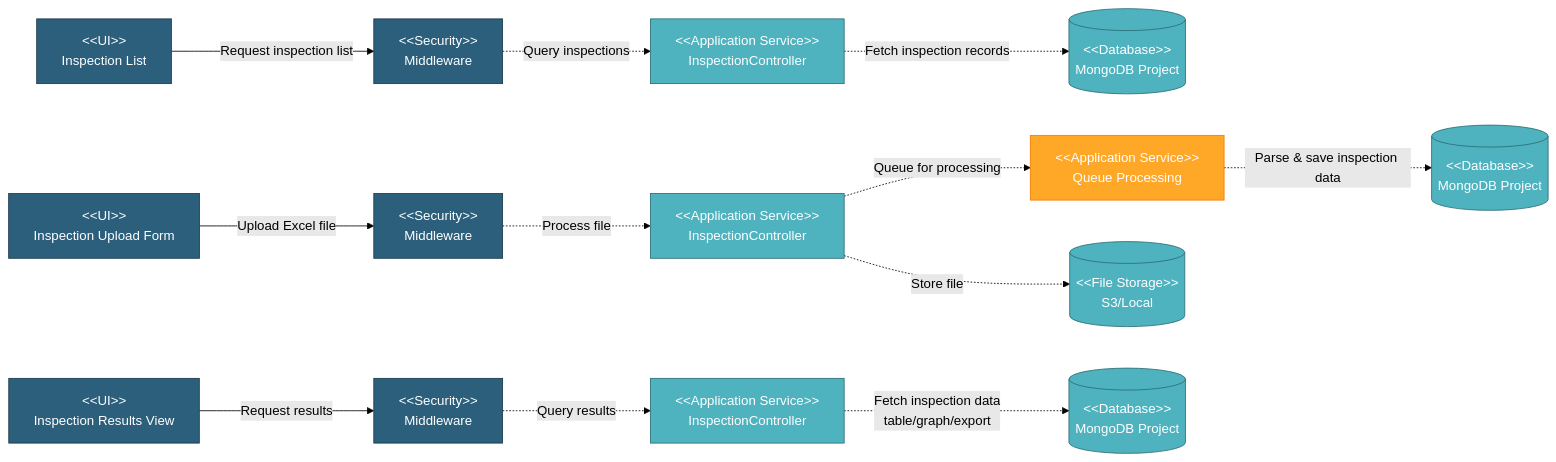
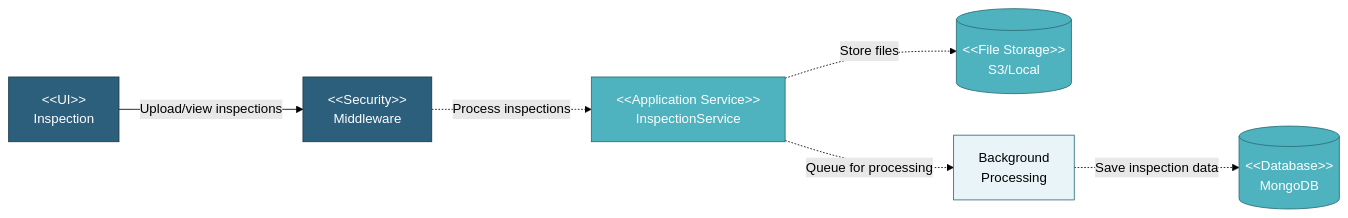
The diagram in docs/TDD/05-Component-Design/5.4-Work-Order-Module/5.4.6-Inspection.md (faizalmuzakki/pipeline-docs), drawn with Mermaid (forest theme) before and after one commit. The commit also changed other lines of this file and 5 other files, not shown here.

````diff
--- a/docs/TDD/05-Component-Design/5.4-Work-Order-Module/5.4.6-Inspection.md
+++ b/docs/TDD/05-Component-Design/5.4-Work-Order-Module/5.4.6-Inspection.md
@@ -9,52 +9,22 @@
 ```mermaid
 graph LR
-    UI_UPLOAD["&lt;&lt;UI&gt;&gt;<br/>Inspection Upload Form"]
-    UI_LIST["&lt;&lt;UI&gt;&gt;<br/>Inspection List"]
-    UI_RESULTS["&lt;&lt;UI&gt;&gt;<br/>Inspection Results View"]
+    UI_INSP["&lt;&lt;UI&gt;&gt;<br/>Inspection"]
+    SEC["&lt;&lt;Security&gt;&gt;<br/>Middleware"]
+    INSP_SVC["&lt;&lt;Application Service&gt;&gt;<br/>InspectionService"]
+    DB[("&lt;&lt;Database&gt;&gt;<br/>MongoDB")]
+    STORAGE[("&lt;&lt;File Storage&gt;&gt;<br/>S3/Local")]
+    QUEUE["Background<br/>Processing"]
 
-    SEC1["&lt;&lt;Security&gt;&gt;<br/>Middleware"]
-    SEC2["&lt;&lt;Security&gt;&gt;<br/>Middleware"]
-    SEC3["&lt;&lt;Security&gt;&gt;<br/>Middleware"]
+    UI_INSP -->|Upload/view inspections| SEC
+    SEC -.->|Process inspections| INSP_SVC
+    INSP_SVC -.->|Store files| STORAGE
+    INSP_SVC -.->|Queue for processing| QUEUE
+    QUEUE -.->|Save inspection data| DB
 
-    INSP_SVC1["&lt;&lt;Application Service&gt;&gt;<br/>InspectionController"]
-    INSP_SVC2["&lt;&lt;Application Service&gt;&gt;<br/>InspectionController"]
-    INSP_SVC3["&lt;&lt;Application Service&gt;&gt;<br/>InspectionController"]
-    QUEUE_SVC["&lt;&lt;Application Service&gt;&gt;<br/>Queue Processing"]
-
-    DB1[("&lt;&lt;Database&gt;&gt;<br/>MongoDB Project")]
-    DB2[("&lt;&lt;Database&gt;&gt;<br/>MongoDB Project")]
-    DB3[("&lt;&lt;Database&gt;&gt;<br/>MongoDB Project")]
-    STORAGE[("&lt;&lt;File Storage&gt;&gt;<br/>S3/Local")]
-
-    %% Upload Inspection Flow
-    UI_UPLOAD -->|Upload Excel file| SEC1
-    SEC1 -.->|Process file| INSP_SVC1
-    INSP_SVC1 -.->|Queue for processing| QUEUE_SVC
-    QUEUE_SVC -.->|Parse & save inspection data| DB1
-    INSP_SVC1 -.->|Store file| STORAGE
-
-    %% View Inspection Flow
-    UI_LIST -->|Request inspection list| SEC2
-    SEC2 -.->|Query inspections| INSP_SVC2
-    INSP_SVC2 -.->|Fetch inspection records| DB2
-
-    %% View Inspection Results Flow
-    UI_RESULTS -->|Request results| SEC3
-    SEC3 -.->|Query results| INSP_SVC3
-    INSP_SVC3 -.->|Fetch inspection data<br/>table/graph/export| DB3
-
-    style UI_UPLOAD fill:#2C5F7C,stroke:#1a3a4a,color:#fff
-    style UI_LIST fill:#2C5F7C,stroke:#1a3a4a,color:#fff
-    style UI_RESULTS fill:#2C5F7C,stroke:#1a3a4a,color:#fff
-    style SEC1 fill:#2C5F7C,stroke:#1a3a4a,color:#fff
-    style SEC2 fill:#2C5F7C,stroke:#1a3a4a,color:#fff
-    style SEC3 fill:#2C5F7C,stroke:#1a3a4a,color:#fff
-    style INSP_SVC1 fill:#4FB3BF,stroke:#2a6d76,color:#fff
-    style INSP_SVC2 fill:#4FB3BF,stroke:#2a6d76,color:#fff
-    style INSP_SVC3 fill:#4FB3BF,stroke:#2a6d76,color:#fff
-    style QUEUE_SVC fill:#FFA726,stroke:#f57c00,color:#fff
-    style DB1 fill:#4FB3BF,stroke:#2a6d76,color:#fff
-    style DB2 fill:#4FB3BF,stroke:#2a6d76,color:#fff
-    style DB3 fill:#4FB3BF,stroke:#2a6d76,color:#fff
+    style UI_INSP fill:#2C5F7C,stroke:#1a3a4a,color:#fff
+    style SEC fill:#2C5F7C,stroke:#1a3a4a,color:#fff
+    style INSP_SVC fill:#4FB3BF,stroke:#2a6d76,color:#fff
+    style DB fill:#4FB3BF,stroke:#2a6d76,color:#fff
     style STORAGE fill:#4FB3BF,stroke:#2a6d76,color:#fff
+    style QUEUE fill:#E8F4F8,stroke:#2a6d76,color:#000
 ```
````
